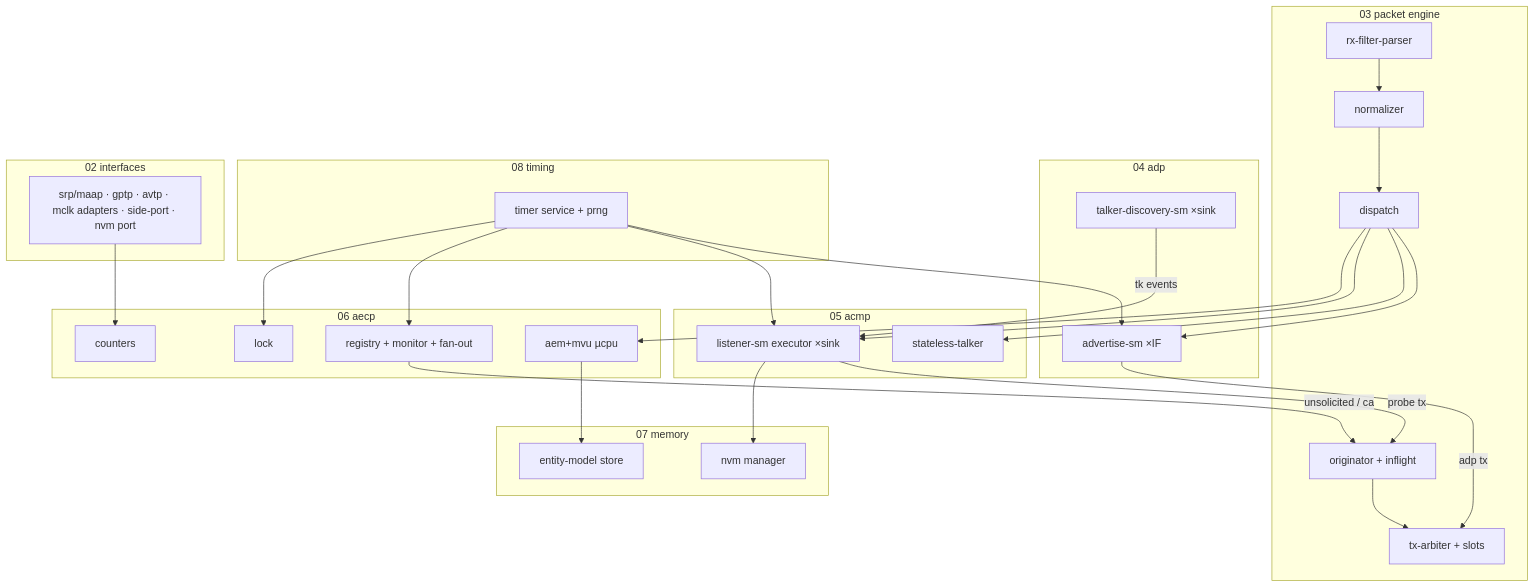
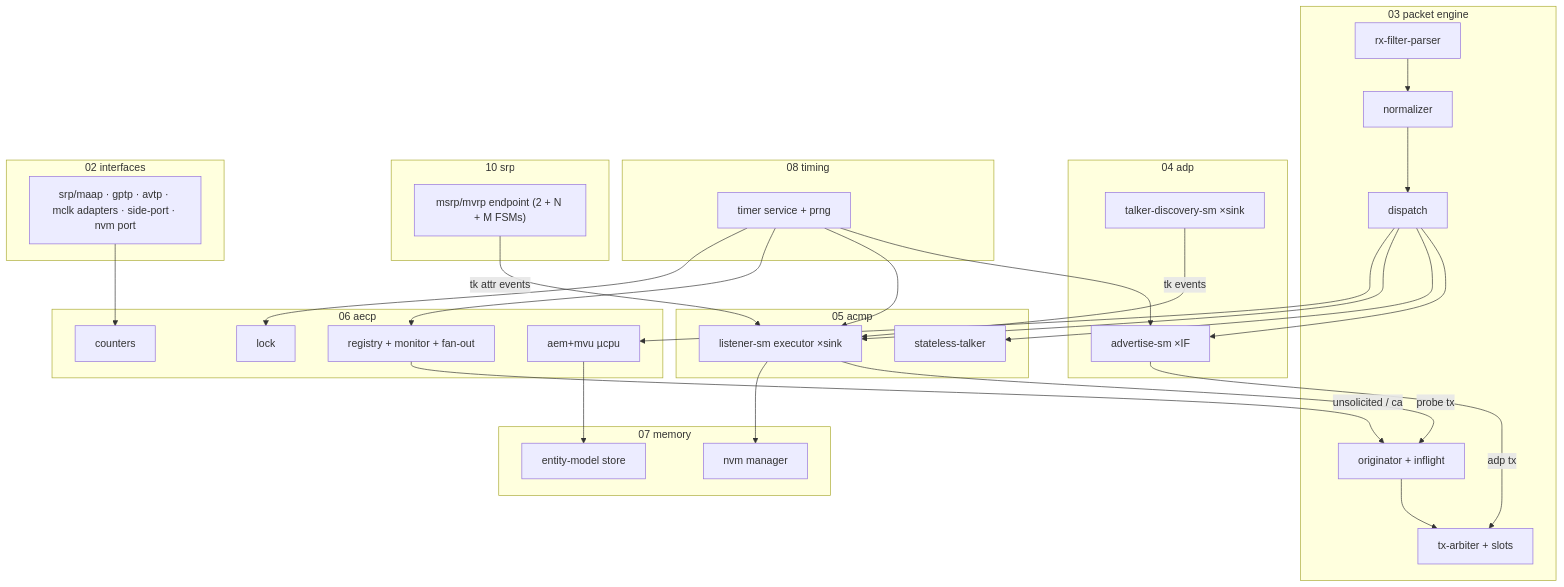
The diagram in docs/architecture/01_overview.md (Mister-M-alt/protocol-processor-control-plane-avb-milan), drawn with Mermaid before and after one commit. The commit also changed other lines of this file and 12 other files, not shown here.

Commit message:
Add SRP endpoint engine document

````diff
--- a/docs/architecture/01_overview.md
+++ b/docs/architecture/01_overview.md
@@ -177,42 +180,46 @@
 ```mermaid
 flowchart TB
   subgraph doc03 ["03 packet engine"]
     rx["rx-filter-parser"] --> norm["normalizer"] --> disp["dispatch"]
     orig["originator + inflight"]
     txarb["tx-arbiter + slots"]
   end
   subgraph doc04 ["04 adp"]
     adv["advertise-sm ×IF"]
     tdisc["talker-discovery-sm ×sink"]
   end
   subgraph doc05 ["05 acmp"]
     talk["stateless-talker"]
     lsm["listener-sm executor ×sink"]
   end
   subgraph doc06 ["06 aecp"]
     ucpu["aem+mvu µcpu"]
     notif["registry + monitor + fan-out"]
     lockm["lock"]
     ctrs["counters"]
   end
   subgraph doc07 ["07 memory"]
     model["entity-model store"]
     nvm["nvm manager"]
   end
   subgraph doc08 ["08 timing"]
     timers["timer service + prng"]
   end
+  subgraph doc10 ["10 srp"]
+    srpe["msrp/mvrp endpoint (2 + N + M FSMs)"]
+  end
   subgraph doc02 ["02 interfaces"]
     adapters["srp/maap · gptp · avtp · mclk adapters · side-port · nvm port"]
   end
   disp --> adv & talk & lsm & ucpu
   tdisc -- "tk events" --> lsm
+  srpe -- "tk attr events" --> lsm
   lsm -- "probe tx" --> orig
   notif -- "unsolicited / ca" --> orig
   adv -- "adp tx" --> txarb
   orig --> txarb
   ucpu --> model
   lsm --> nvm
   adapters --> ctrs
   timers --> adv & lsm & notif & lockm
 ```
````
